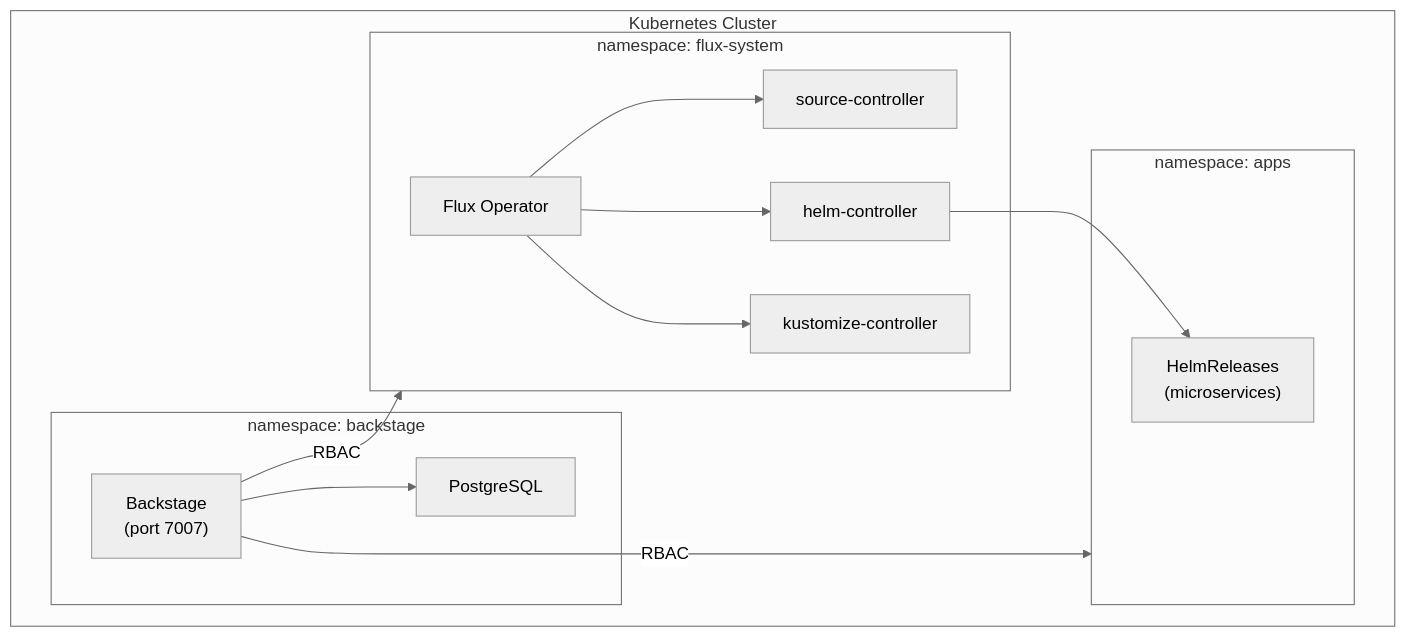
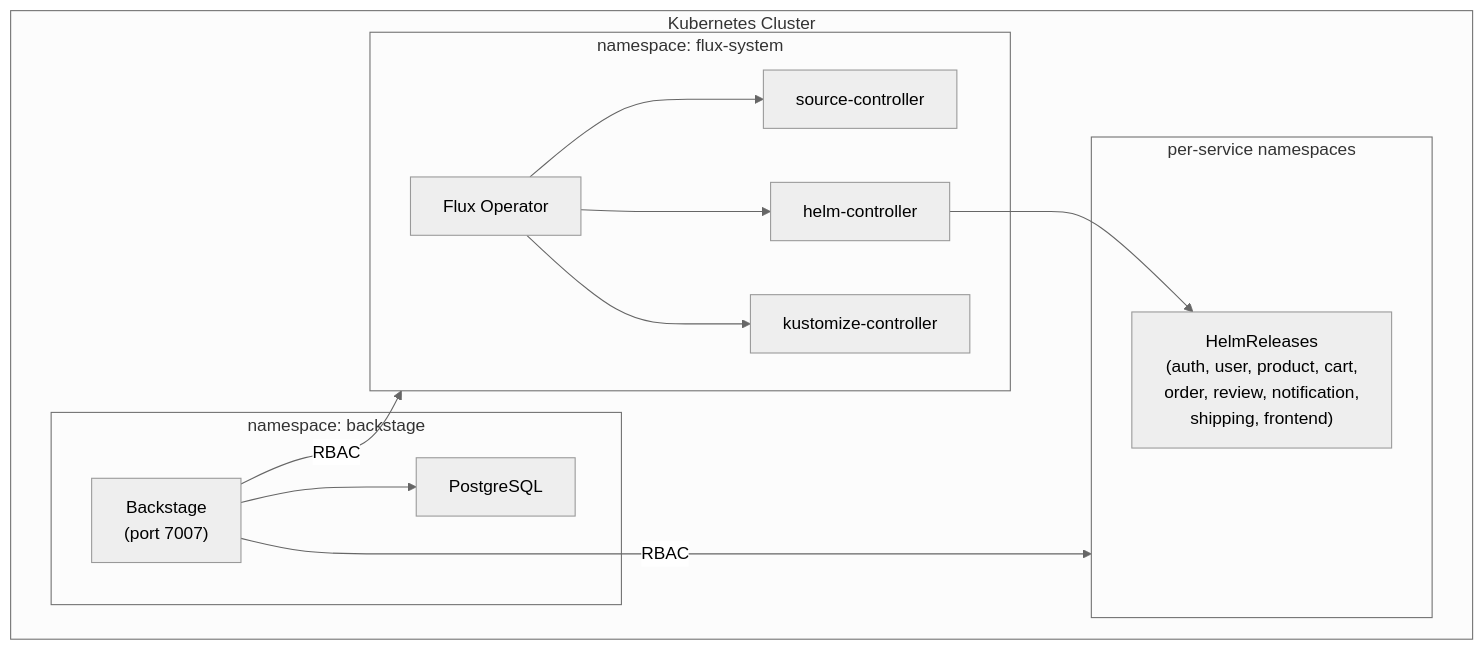
One commit to duynhlab/backstage changed the diagram in deploy/README.md. Above: the diagram before and after it, drawn with Mermaid (neutral theme). The commit also changed other lines of this file and 2 other files, not shown here.

````diff
--- a/deploy/README.md
+++ b/deploy/README.md
@@ -7,25 +7,25 @@
 ```mermaid
 flowchart TD
     subgraph cluster ["Kubernetes Cluster"]
         subgraph nsBackstage ["namespace: backstage"]
             PG["PostgreSQL"]
             BS["Backstage\n(port 7007)"]
             BS --> PG
         end
         subgraph nsFlux ["namespace: flux-system"]
             FluxOp["Flux Operator"]
             SrcCtrl["source-controller"]
             HelmCtrl["helm-controller"]
             KustCtrl["kustomize-controller"]
             FluxOp --> SrcCtrl
             FluxOp --> HelmCtrl
             FluxOp --> KustCtrl
         end
-        subgraph nsApps ["namespace: apps"]
-            HR["HelmReleases\n(microservices)"]
+        subgraph nsServices ["per-service namespaces"]
+            HR["HelmReleases\n(auth, user, product, cart,\norder, review, notification,\nshipping, frontend)"]
         end
         BS -->|"RBAC"| nsFlux
-        BS -->|"RBAC"| nsApps
+        BS -->|"RBAC"| nsServices
         HelmCtrl --> HR
     end
 ```
````
